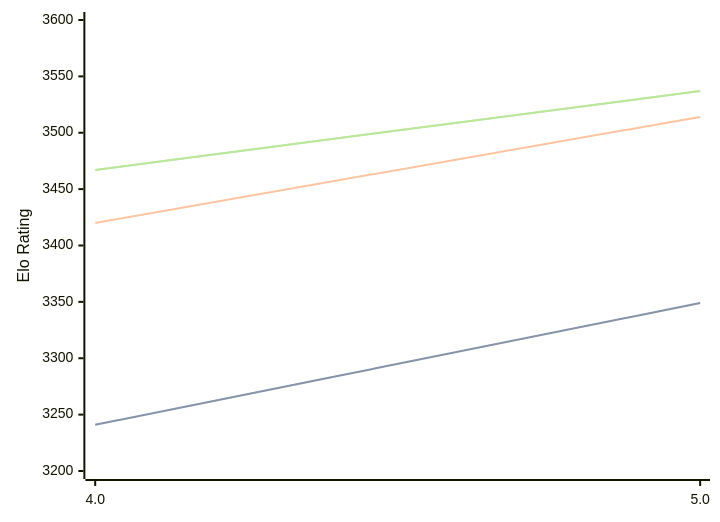
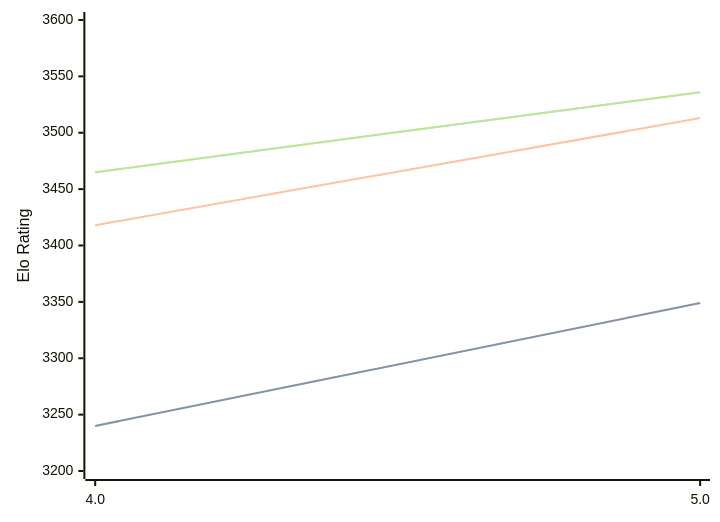
The diagram in engines/Tarnished.md (computer-chess-index/cci), drawn with Mermaid before and after one commit. The commit also changed other lines of this file, not shown here.

Commit message:
Update CCI Ratings (ELO VLTC) - 2026-06-07

````diff
--- a/engines/Tarnished.md
+++ b/engines/Tarnished.md
@@ -36,11 +36,11 @@
 ```mermaid
 %%{init: {"theme":"base","themeVariables":{"seriesColors:['#a3a3a3','#222221','#faa371']}}}%%
 xychart-beta
   x-axis ["4.0", "5.0"]
   y-axis "Elo Rating" 3200 --> 3600
-  line "STC (8.0+0.08s)" [3241, 3349]
-  line "STC (8.0+0.08s)" [3241, 3349]
-  line "LTC (60.0+0.60s)" [3420, 3514]
-  line "VLTC (2m24s+1.12s)" [3467, 3537]
-  line "VLTC (2m24s+1.12s)" [3467, 3537]
+  line "STC (8.0+0.08s)" [3240, 3349]
+  line "STC (8.0+0.08s)" [3240, 3349]
+  line "LTC (60.0+0.60s)" [3418, 3513]
+  line "VLTC (2m24s+1.12s)" [3465, 3536]
+  line "VLTC (2m24s+1.12s)" [3465, 3536]
 ```
````
